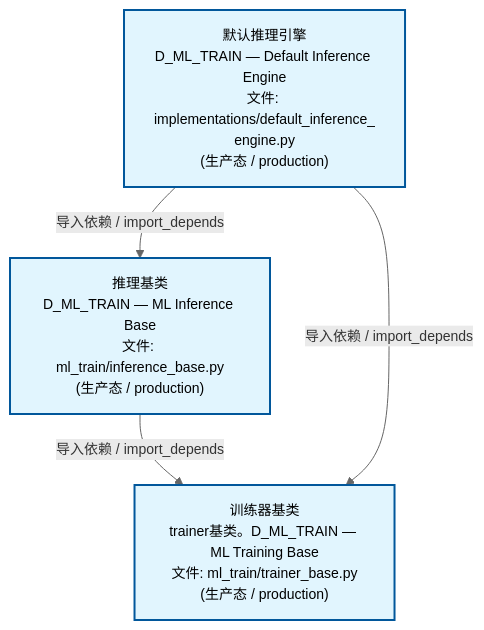
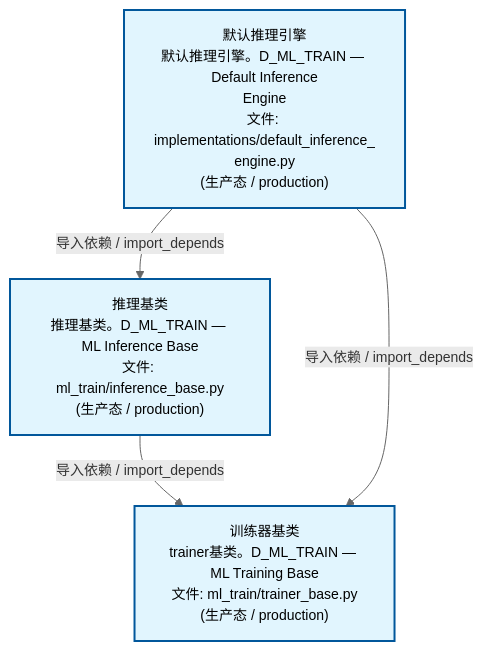
The second of 4 diagrams in docs/02_enterprise_architecture/02_domain_architecture_docs/61_d_ml_train.md (xuanFelixVan/ZephyrAlpha), drawn with Mermaid before and after one commit. The commit also changed other lines of this file and 61 other files, not shown here.

````diff
--- a/docs/02_enterprise_architecture/02_domain_architecture_docs/61_d_ml_train.md
+++ b/docs/02_enterprise_architecture/02_domain_architecture_docs/61_d_ml_train.md
@@ -99,15 +99,15 @@
 ```mermaid
 %%{init: {'theme': 'base', 'themeVariables': {'primaryColor': '#eaeaea', 'primaryTextColor': '#333333', 'primaryBorderColor': '#666666', 'lineColor': '#666666', 'secondaryColor': '#eaeaea', 'tertiaryColor': '#eaeaea', 'fontSize': '14px'}}}%%
 flowchart TD
-    src_zephyr_ml_train_implementations_default_inference_engine_py["默认推理引擎<br/>D_ML_TRAIN — Default Inference Engine<br/>文件: implementations/default_inference_<br/>engine.py<br/>(生产态 / production)"]
-    src_zephyr_ml_train_inference_base_py["推理基类<br/>D_ML_TRAIN — ML Inference Base<br/>文件: ml_train/inference_base.py<br/>(生产态 / production)"]
+    src_zephyr_ml_train_implementations_default_inference_engine_py["默认推理引擎<br/>默认推理引擎。D_ML_TRAIN — Default Inference<br/>Engine<br/>文件: implementations/default_inference_<br/>engine.py<br/>(生产态 / production)"]
+    src_zephyr_ml_train_inference_base_py["推理基类<br/>推理基类。D_ML_TRAIN — ML Inference Base<br/>文件: ml_train/inference_base.py<br/>(生产态 / production)"]
     src_zephyr_ml_train_trainer_base_py["训练器基类<br/>trainer基类。D_ML_TRAIN — ML Training Base<br/>文件: ml_train/trainer_base.py<br/>(生产态 / production)"]
     src_zephyr_ml_train_inference_base_py -->|导入依赖 / import_depends| src_zephyr_ml_train_trainer_base_py
     src_zephyr_ml_train_implementations_default_inference_engine_py -->|导入依赖 / import_depends| src_zephyr_ml_train_trainer_base_py
     src_zephyr_ml_train_implementations_default_inference_engine_py -->|导入依赖 / import_depends| src_zephyr_ml_train_inference_base_py
     classDef production fill:#e1f5fe,stroke:#01579b,stroke-width:2px,color:#000
     classDef design fill:#fff3e0,stroke:#e65100,stroke-width:2px,color:#000,stroke-dasharray: 5 5
     classDef external_prod fill:#e8f4fd,stroke:#0277bd,stroke-width:1px,color:#000
     classDef external_design fill:#fff8e7,stroke:#ef6c00,stroke-width:1px,color:#000,stroke-dasharray: 5 5
     class src_zephyr_ml_train_implementations_default_inference_engine_py,src_zephyr_ml_train_inference_base_py,src_zephyr_ml_train_trainer_base_py production
 ```
````
